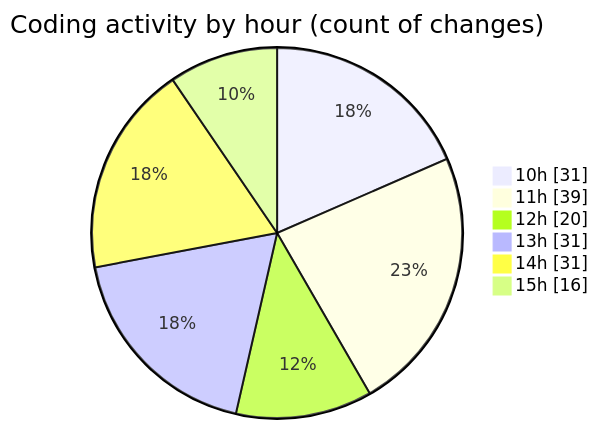
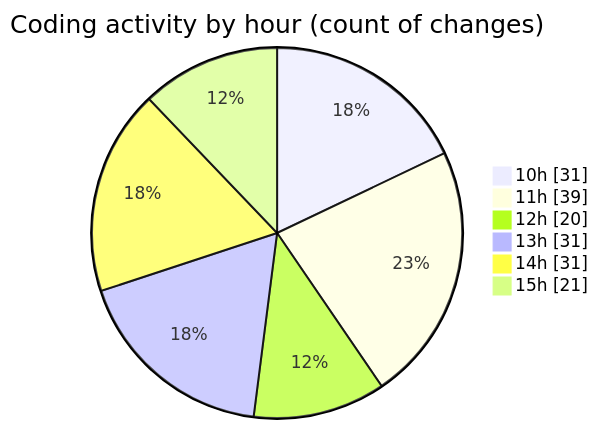
Before and after one commit to momahboobian/code-tracking: the second of 2 diagrams in 2026-03-25/cda/README.md, drawn with Mermaid. The commit also changed other lines of this file and 1 other file, not shown here.

````diff
--- a/2026-03-25/cda/README.md
+++ b/2026-03-25/cda/README.md
@@ -34,10 +34,10 @@
 ```mermaid
 pie showData
 title Coding activity by hour (count of changes)
 "10h" : 31
 "11h" : 39
 "12h" : 20
 "13h" : 31
 "14h" : 31
-"15h" : 16
+"15h" : 21
 ```
````
